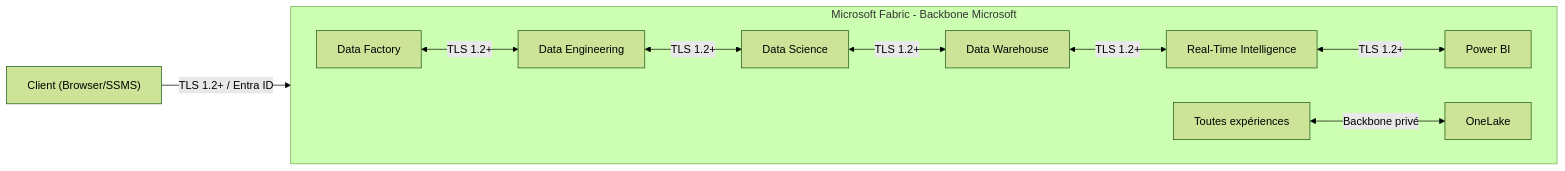
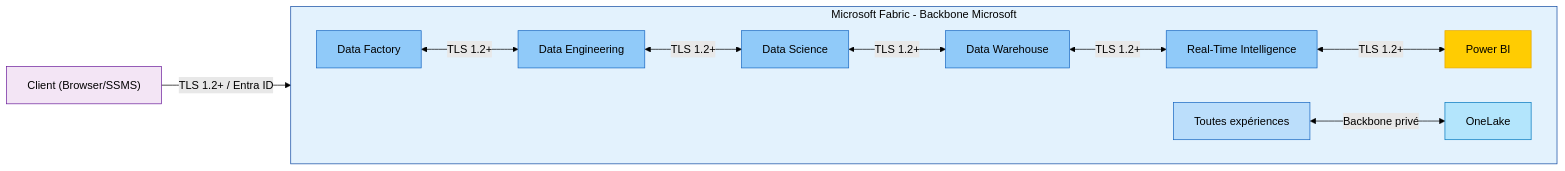
Before and after one commit to fredgis/fabric-foundry-kb: the second of 12 diagrams in Fabric_Network_Security.md, drawn with Mermaid (forest theme). The commit also changed other lines of this file and 1 other file, not shown here.

First line of the commit message:
Add colors to all 12 Mermaid diagrams in Fabric Network Security

````diff
--- a/Fabric_Network_Security.md
+++ b/Fabric_Network_Security.md
@@ -88,14 +110,25 @@
 ```mermaid
 flowchart LR
     subgraph Fabric["Microsoft Fabric - Backbone Microsoft"]
         direction LR
         DF["Data Factory"] <-->|TLS 1.2+| DE["Data Engineering"]
         DE <-->|TLS 1.2+| DS["Data Science"]
         DS <-->|TLS 1.2+| DW["Data Warehouse"]
         DW <-->|TLS 1.2+| RTI["Real-Time Intelligence"]
         RTI <-->|TLS 1.2+| PBI["Power BI"]
         ALL["Toutes expériences"] <-->|Backbone privé| OL["OneLake"]
     end
 
     Client["Client (Browser/SSMS)"] -->|TLS 1.2+ / Entra ID| Fabric
+
+    style Fabric fill:#e3f2fd,stroke:#0d47a1,color:#000
+    style DF fill:#90caf9,stroke:#1565c0,color:#000
+    style DE fill:#90caf9,stroke:#1565c0,color:#000
+    style DS fill:#90caf9,stroke:#1565c0,color:#000
+    style DW fill:#90caf9,stroke:#1565c0,color:#000
+    style RTI fill:#90caf9,stroke:#1565c0,color:#000
+    style PBI fill:#ffcc02,stroke:#e6a800,color:#000
+    style OL fill:#b3e5fc,stroke:#0277bd,color:#000
+    style ALL fill:#bbdefb,stroke:#1565c0,color:#000
+    style Client fill:#f3e5f5,stroke:#6a1b9a,color:#000
 ```
````
